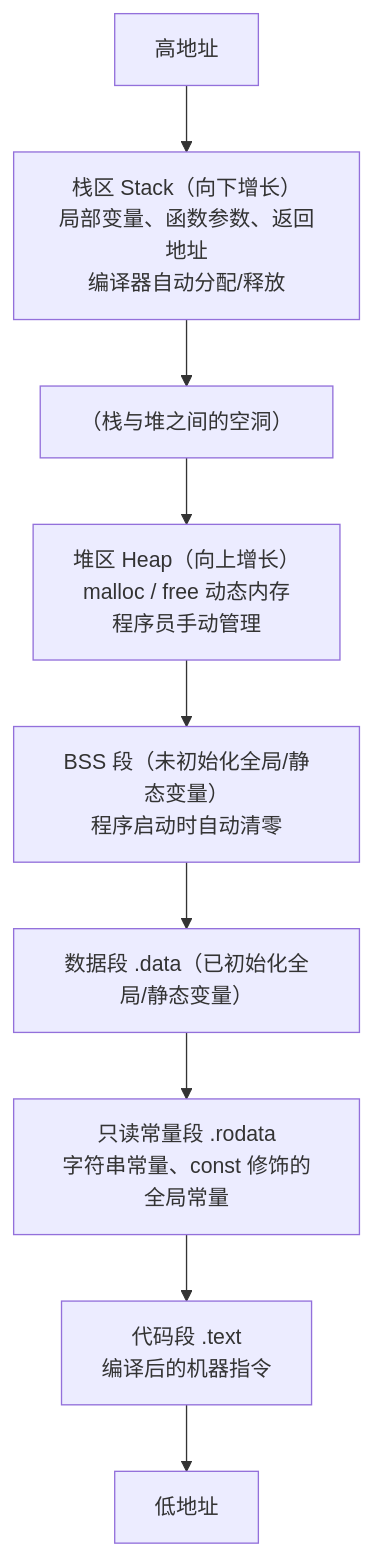
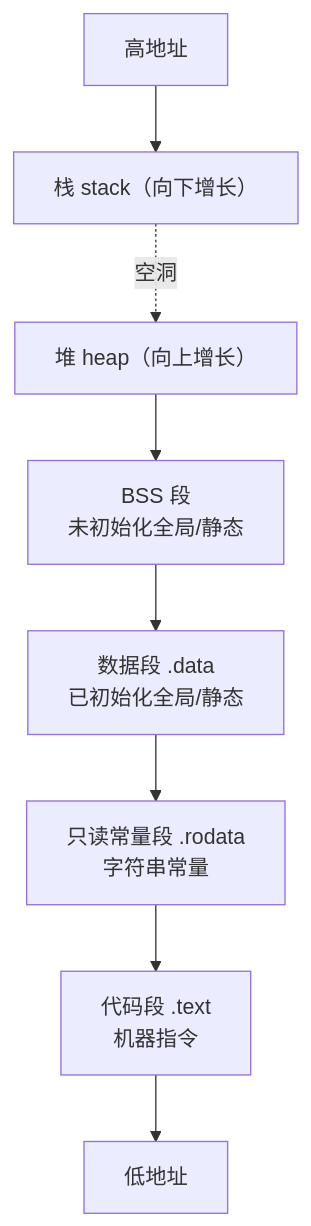
The diagram in 2026-10-21-memory-four-regions-static/README.md (Kerwinjjj/daily-learning-code), drawn with Mermaid before and after one commit. The commit also changed other lines of this file, not shown here.

Commit message:
2026-10-21 更新：README 改为代码注释为主 + 比对表 + 精简流程图 + 英文缩写标注中文

````diff
--- a/2026-10-21-memory-four-regions-static/README.md
+++ b/2026-10-21-memory-four-regions-static/README.md
@@ -9,11 +69,10 @@
 ```mermaid
 flowchart TB
-    top["高地址"] --> stack["栈区 Stack（向下增长）<br/>局部变量、函数参数、返回地址<br/>编译器自动分配/释放"]
-    stack --> hole["（栈与堆之间的空洞）"]
-    hole --> heap["堆区 Heap（向上增长）<br/>malloc / free 动态内存<br/>程序员手动管理"]
-    heap --> bss["BSS 段（未初始化全局/静态变量）<br/>程序启动时自动清零"]
-    bss --> data["数据段 .data（已初始化全局/静态变量）"]
-    data --> rodata["只读常量段 .rodata<br/>字符串常量、const 修饰的全局常量"]
-    rodata --> text["代码段 .text<br/>编译后的机器指令"]
+    top["高地址"] --> stack["栈 stack（向下增长）"]
+    stack -. "空洞" .-> heap["堆 heap（向上增长）"]
+    heap --> bss["BSS 段<br/>未初始化全局/静态"]
+    bss --> data["数据段 .data<br/>已初始化全局/静态"]
+    data --> rodata["只读常量段 .rodata<br/>字符串常量"]
+    rodata --> text["代码段 .text<br/>机器指令"]
     text --> bottom["低地址"]
 ```
````
